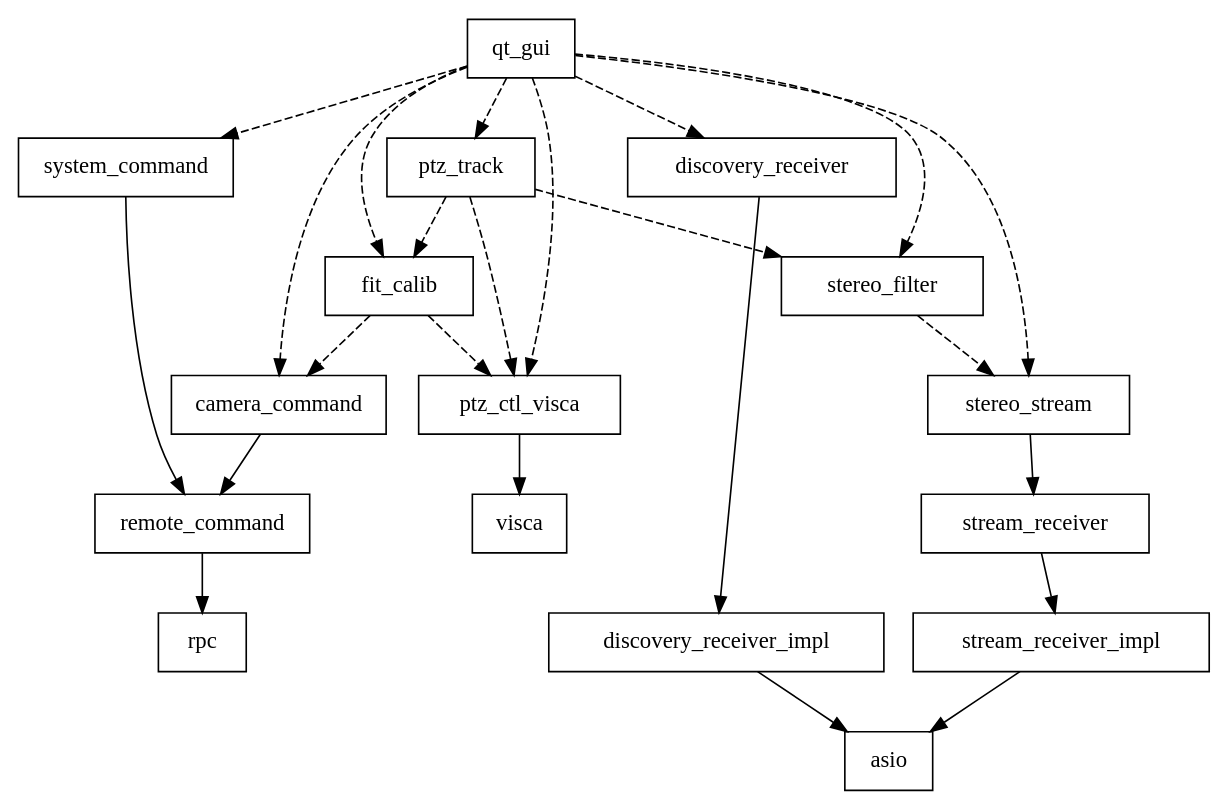
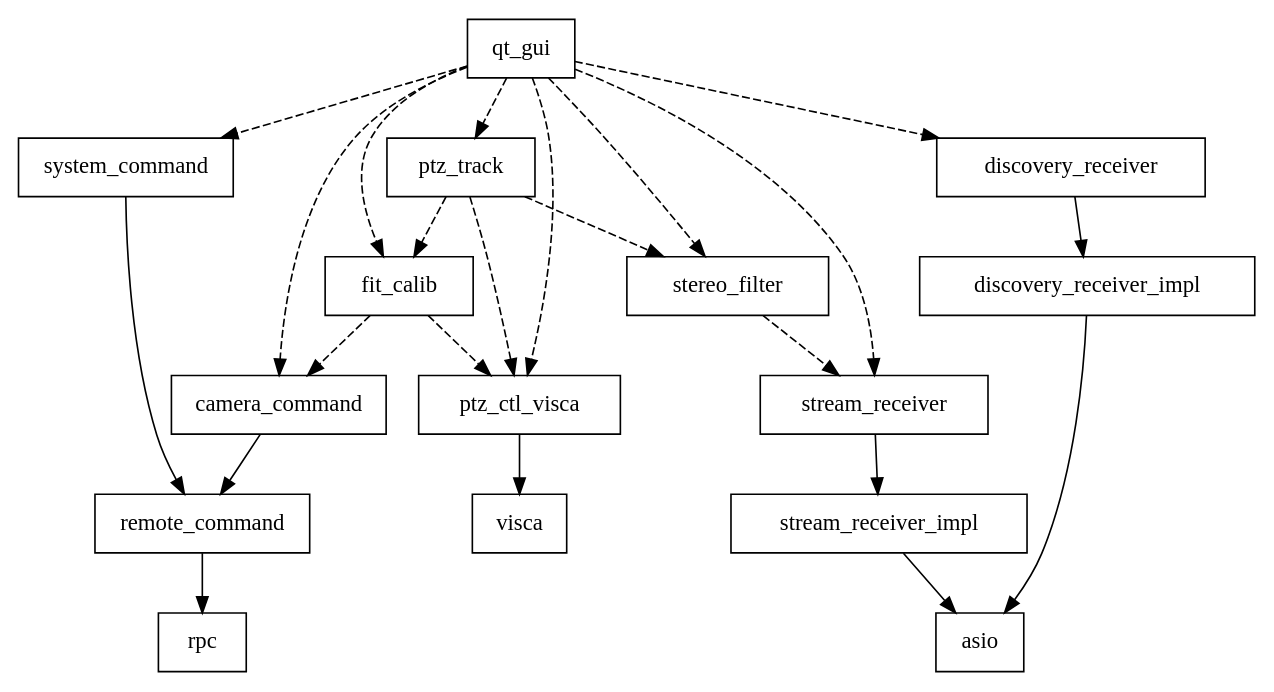
One commit to dzyswy/stereo-client changed the diagram in docs/class.dot. Above: the diagram before and after it, drawn with Graphviz. The commit also changed 25 other files, not shown here.

```diff
--- a/docs/class.dot
+++ b/docs/class.dot
@@ -1,63 +1,61 @@
 digraph class {
 	node [shape = "record", fontname = "Consolas"] 
 	edge [arrowhead = "empty", fontname = "Consolas"]
 	
 	rpc [label = "{rpc}"]
 	asio [label = "{asio}"] 
 	visca [label = "{visca}"] 
 	
 	remote_command [label = "{remote_command}"] 
 	camera_command [label = "{camera_command}"] 
 	system_command [label = "{system_command}"] 
 	
 	
 	
 	discovery_receiver_impl [label = "{discovery_receiver_impl}"]	
 	discovery_receiver [label = "{discovery_receiver}"] 
 	
 	stream_receiver_impl [label = "{stream_receiver_impl}"] 
 	stream_receiver [label = "{stream_receiver}"] 
-	stereo_stream [label = "{stereo_stream}"] 
 	 
 	ptz_ctl_visca [label = "{ptz_ctl_visca}"] 
 	
 	
 	stereo_filter [label = "{stereo_filter}"] 
 	
 	fit_calib [label = "{fit_calib}"] 
 	
 	ptz_track [label = "{ptz_track}"]
 	
 	qt_gui [label = "{qt_gui}"]
 	
 	remote_command -> rpc [arrowhead="normal", style="normal"]
 	camera_command -> remote_command [arrowhead="normal", style="normal"]
 	system_command -> remote_command [arrowhead="normal", style="normal"]
 	
 	discovery_receiver_impl -> asio [arrowhead="normal", style="normal"]
 	discovery_receiver -> discovery_receiver_impl [arrowhead="normal", style="normal"]
 	
 	stream_receiver_impl -> asio [arrowhead="normal", style="normal"]
 	stream_receiver -> stream_receiver_impl [arrowhead="normal", style="normal"]
-	stereo_stream -> stream_receiver [arrowhead="normal", style="normal"]
-	
-	stereo_filter -> stereo_stream [arrowhead="normal", style="dashed"]
+
+	stereo_filter -> stream_receiver [arrowhead="normal", style="dashed"]
 	
 	ptz_ctl_visca -> visca [arrowhead="normal", style="normal"]
 	
 	fit_calib -> camera_command [arrowhead="normal", style="dashed"]
 	fit_calib -> ptz_ctl_visca [arrowhead="normal", style="dashed"]
 	
 	ptz_track -> stereo_filter [arrowhead="normal", style="dashed"]
 	ptz_track -> ptz_ctl_visca [arrowhead="normal", style="dashed"]
 	ptz_track -> fit_calib [arrowhead="normal", style="dashed"]
 	
 	qt_gui -> ptz_ctl_visca [arrowhead="normal", style="dashed"]
 	qt_gui -> camera_command [arrowhead="normal", style="dashed"]
 	qt_gui -> system_command [arrowhead="normal", style="dashed"]
-	qt_gui -> stereo_stream [arrowhead="normal", style="dashed"]
+	qt_gui -> stream_receiver [arrowhead="normal", style="dashed"]
 	qt_gui -> stereo_filter [arrowhead="normal", style="dashed"]
 	qt_gui -> fit_calib [arrowhead="normal", style="dashed"]
 	qt_gui -> ptz_track [arrowhead="normal", style="dashed"]
 	qt_gui -> discovery_receiver [arrowhead="normal", style="dashed"]
 }
```
